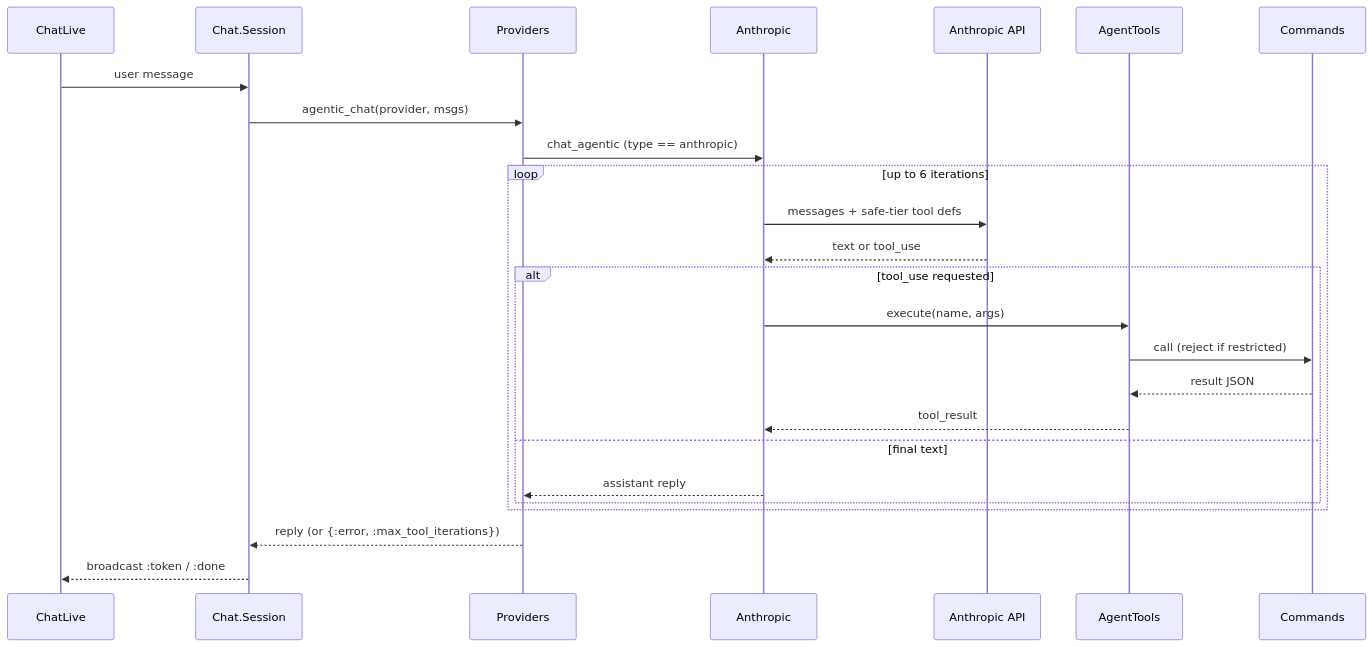
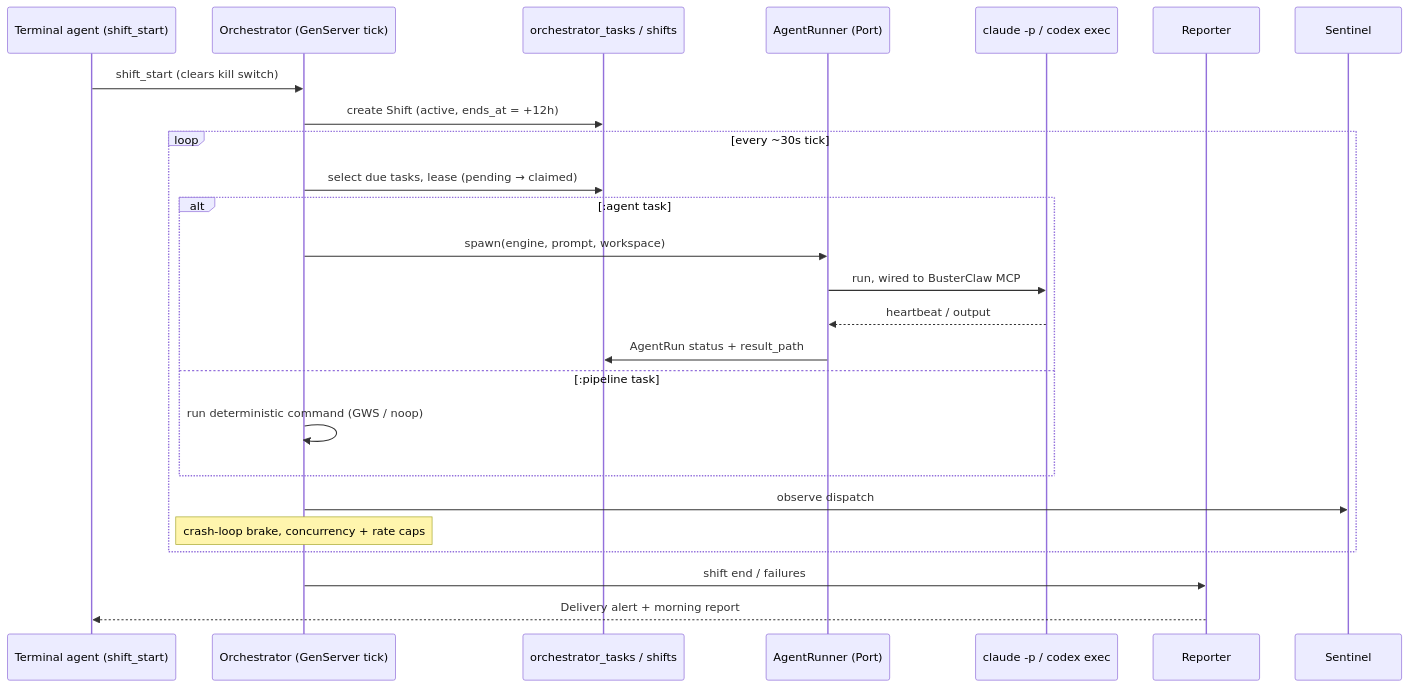
Before and after one commit to hightowerbuilds/buster-claw: the seventh of 8 diagrams in docs/UML.md, drawn with Mermaid. The commit also changed other lines of this file and 14 other files, not shown here.

````diff
--- a/docs/UML.md
+++ b/docs/UML.md
@@ -400,28 +347,28 @@
 ```mermaid
 sequenceDiagram
-    participant UI as ChatLive
-    participant Session as Chat.Session
-    participant Providers
-    participant Anthropic
-    participant LLM as Anthropic API
-    participant Tools as AgentTools
-    participant Commands
+    participant Terminal as Terminal agent (shift_start)
+    participant Orchestrator as Orchestrator (GenServer tick)
+    participant DB as orchestrator_tasks / shifts
+    participant Runner as AgentRunner (Port)
+    participant Agent as claude -p / codex exec
+    participant Reporter
+    participant Sentinel
 
-    UI->>Session: user message
-    Session->>Providers: agentic_chat(provider, msgs)
-    Providers->>Anthropic: chat_agentic (type == anthropic)
-    loop up to 6 iterations
-        Anthropic->>LLM: messages + safe-tier tool defs
-        LLM-->>Anthropic: text or tool_use
-        alt tool_use requested
-            Anthropic->>Tools: execute(name, args)
-            Tools->>Commands: call (reject if restricted)
-            Commands-->>Tools: result JSON
-            Tools-->>Anthropic: tool_result
-        else final text
-            Anthropic-->>Providers: assistant reply
+    Terminal->>Orchestrator: shift_start (clears kill switch)
+    Orchestrator->>DB: create Shift (active, ends_at = +12h)
+    loop every ~30s tick
+        Orchestrator->>DB: select due tasks, lease (pending → claimed)
+        alt :agent task
+            Orchestrator->>Runner: spawn(engine, prompt, workspace)
+            Runner->>Agent: run, wired to BusterClaw MCP
+            Agent-->>Runner: heartbeat / output
+            Runner->>DB: AgentRun status + result_path
+        else :pipeline task
+            Orchestrator->>Orchestrator: run deterministic command (GWS / noop)
         end
+        Orchestrator->>Sentinel: observe dispatch
+        Note over Orchestrator: crash-loop brake, concurrency + rate caps
     end
-    Providers-->>Session: reply (or {:error, :max_tool_iterations})
-    Session-->>UI: broadcast :token / :done
+    Orchestrator->>Reporter: shift end / failures
+    Reporter-->>Terminal: Delivery alert + morning report
 ```
````
